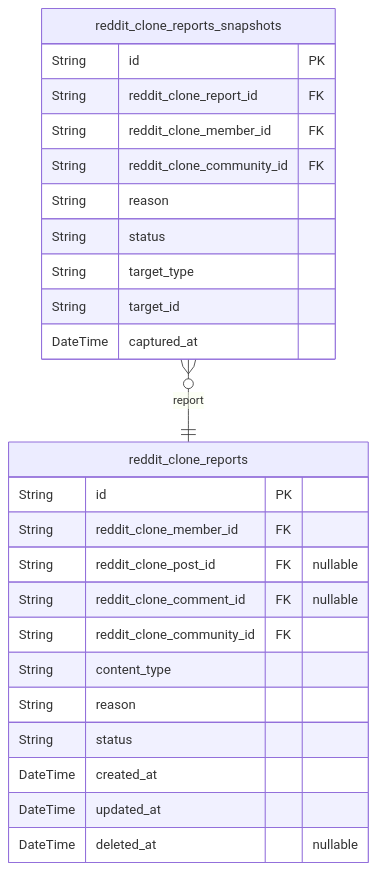
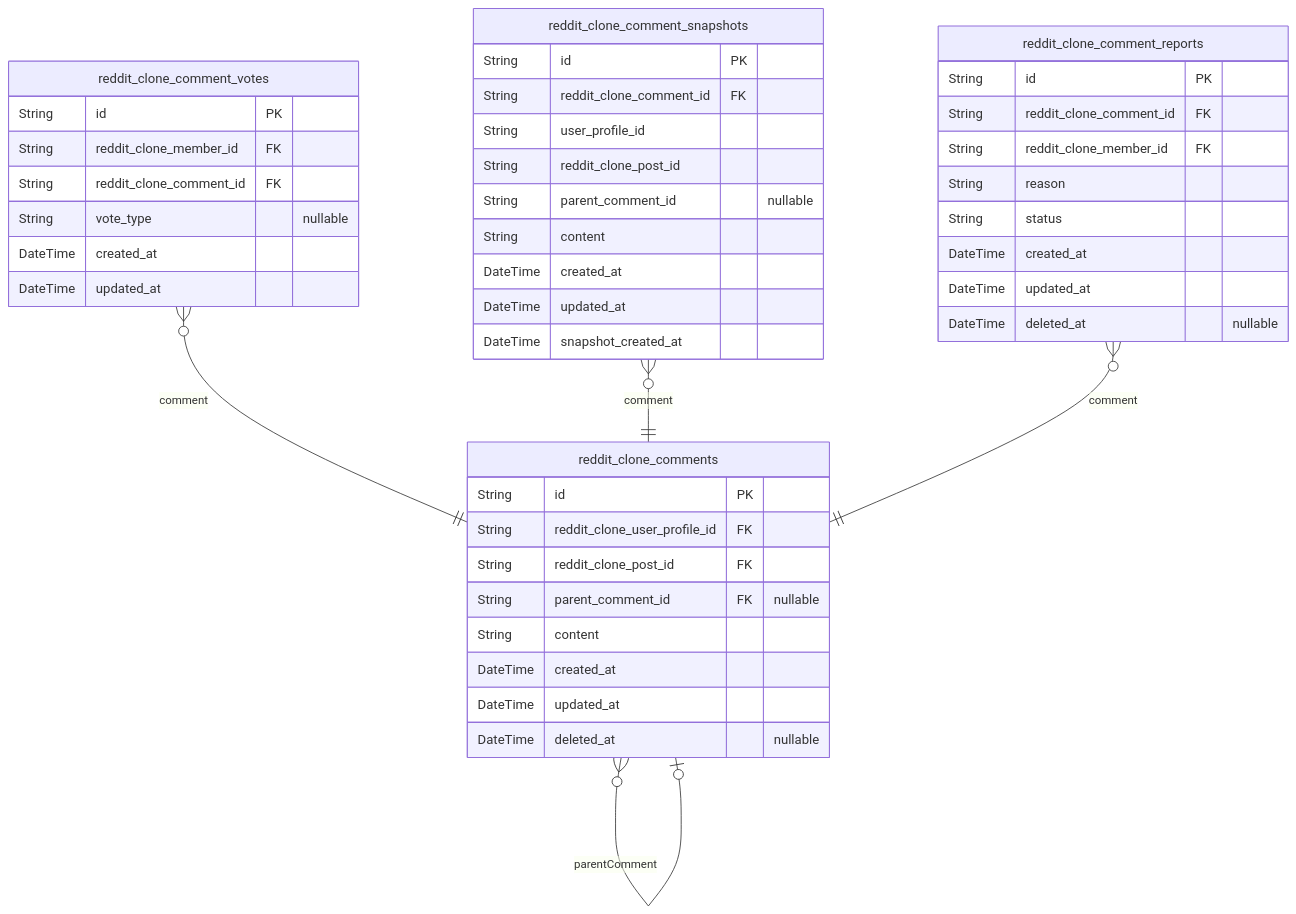
Before and after one commit to wrtnlabs/autobe-examples: the fifth of 6 diagrams in qwen/qwen3.5-27b/reddit/docs/ERD.md, drawn with Mermaid. The commit also changed other lines of this file and 32093 other files, not shown here.

````diff
--- a/qwen/qwen3.5-27b/reddit/docs/ERD.md
+++ b/qwen/qwen3.5-27b/reddit/docs/ERD.md
@@ -884,28 +1002,46 @@
 ```mermaid
 erDiagram
-"reddit_clone_reports" {
+"reddit_clone_comments" {
+  String id PK
+  String reddit_clone_user_profile_id FK
+  String reddit_clone_post_id FK
+  String parent_comment_id FK "nullable"
+  String content
+  DateTime created_at
+  DateTime updated_at
+  DateTime deleted_at "nullable"
+}
+"reddit_clone_comment_votes" {
   String id PK
   String reddit_clone_member_id FK
-  String reddit_clone_post_id FK "nullable"
-  String reddit_clone_comment_id FK "nullable"
-  String reddit_clone_community_id FK
-  String content_type
+  String reddit_clone_comment_id FK
+  String vote_type "nullable"
+  DateTime created_at
+  DateTime updated_at
+}
+"reddit_clone_comment_snapshots" {
+  String id PK
+  String reddit_clone_comment_id FK
+  String user_profile_id
+  String reddit_clone_post_id
+  String parent_comment_id "nullable"
+  String content
+  DateTime created_at
+  DateTime updated_at
+  DateTime snapshot_created_at
+}
+"reddit_clone_comment_reports" {
+  String id PK
+  String reddit_clone_comment_id FK
+  String reddit_clone_member_id FK
   String reason
   String status
   DateTime created_at
   DateTime updated_at
   DateTime deleted_at "nullable"
 }
-"reddit_clone_reports_snapshots" {
-  String id PK
-  String reddit_clone_report_id FK
-  String reddit_clone_member_id FK
-  String reddit_clone_community_id FK
-  String reason
-  String status
-  String target_type
-  String target_id
-  DateTime captured_at
-}
-"reddit_clone_reports_snapshots" }o--|| "reddit_clone_reports" : report
+"reddit_clone_comments" }o--o| "reddit_clone_comments" : parentComment
+"reddit_clone_comment_votes" }o--|| "reddit_clone_comments" : comment
+"reddit_clone_comment_snapshots" }o--|| "reddit_clone_comments" : comment
+"reddit_clone_comment_reports" }o--|| "reddit_clone_comments" : comment
 ```
````
